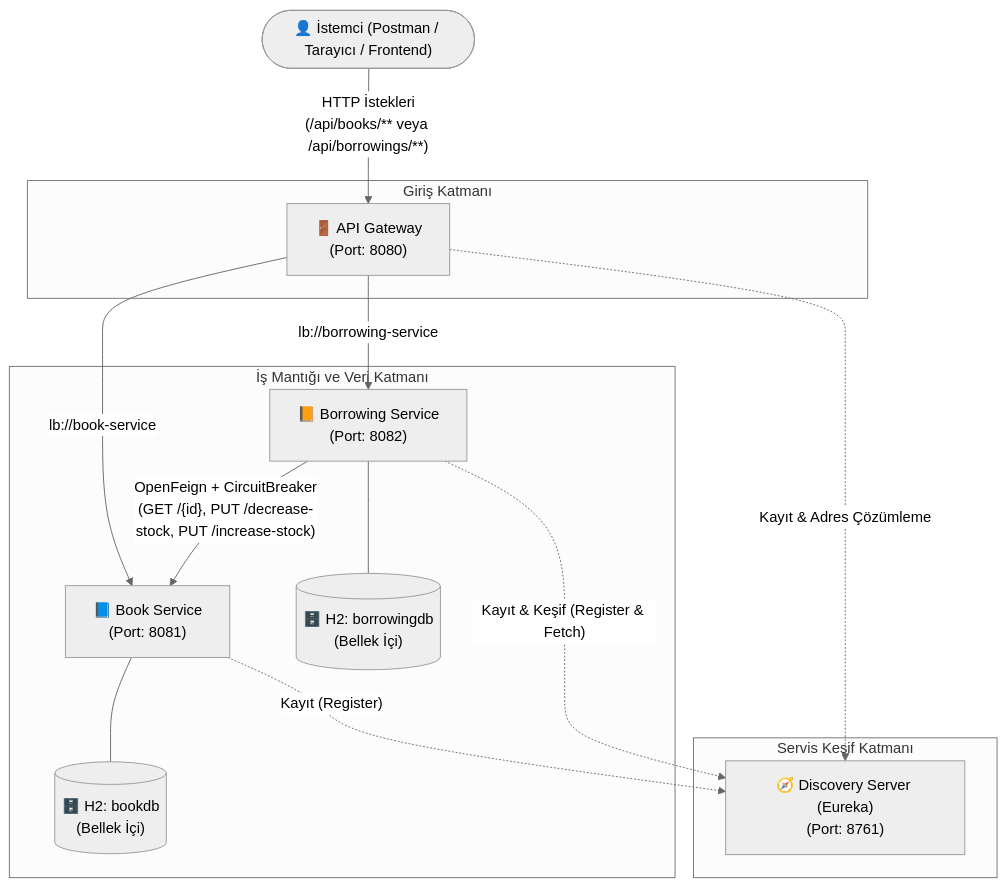
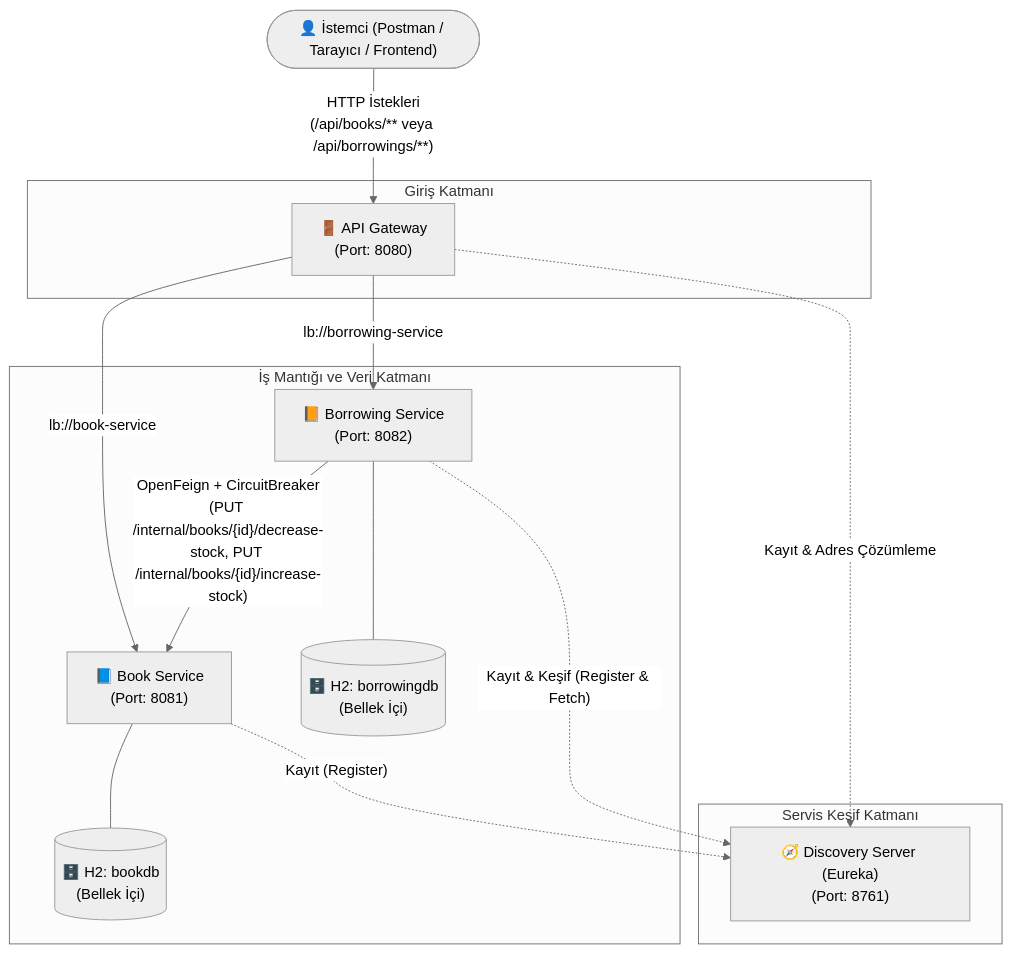
Before and after one commit to eminortaca/kutuphane-mikroservis: the first of 3 diagrams in README.md, drawn with Mermaid (neutral theme). The commit also changed other lines of this file and 14 other files, not shown here.

````diff
--- a/README.md
+++ b/README.md
@@ -39,31 +39,31 @@
 ```mermaid
 flowchart TB
     Client(["👤 İstemci (Postman / Tarayıcı / Frontend)"])
 
     subgraph GatewayLayer ["Giriş Katmanı"]
         GW["🚪 API Gateway\n(Port: 8080)"]
     end
 
     subgraph DiscoveryLayer ["Servis Keşif Katmanı"]
         Eureka["🧭 Discovery Server (Eureka)\n(Port: 8761)"]
     end
 
     subgraph BusinessLayer ["İş Mantığı ve Veri Katmanı"]
         BS["📘 Book Service\n(Port: 8081)"]
         BRS["📙 Borrowing Service\n(Port: 8082)"]
         BookDB[("🗄️ H2: bookdb\n(Bellek İçi)")]
         BorrowDB[("🗄️ H2: borrowingdb\n(Bellek İçi)")]
     end
 
     Client -->|"HTTP İstekleri\n(/api/books/** veya /api/borrowings/**)"| GW
     GW -->|"lb://book-service"| BS
     GW -->|"lb://borrowing-service"| BRS
-    BRS -->|"OpenFeign + CircuitBreaker\n(GET /{id}, PUT /decrease-stock, PUT /increase-stock)"| BS
+    BRS -->|"OpenFeign + CircuitBreaker\n(PUT /internal/books/{id}/decrease-stock, PUT /internal/books/{id}/increase-stock)"| BS
 
     BS --- BookDB
     BRS --- BorrowDB
 
     GW -.->|"Kayıt & Adres Çözümleme"| Eureka
     BS -.->|"Kayıt (Register)"| Eureka
     BRS -.->|"Kayıt & Keşif (Register & Fetch)"| Eureka
 ```
````
